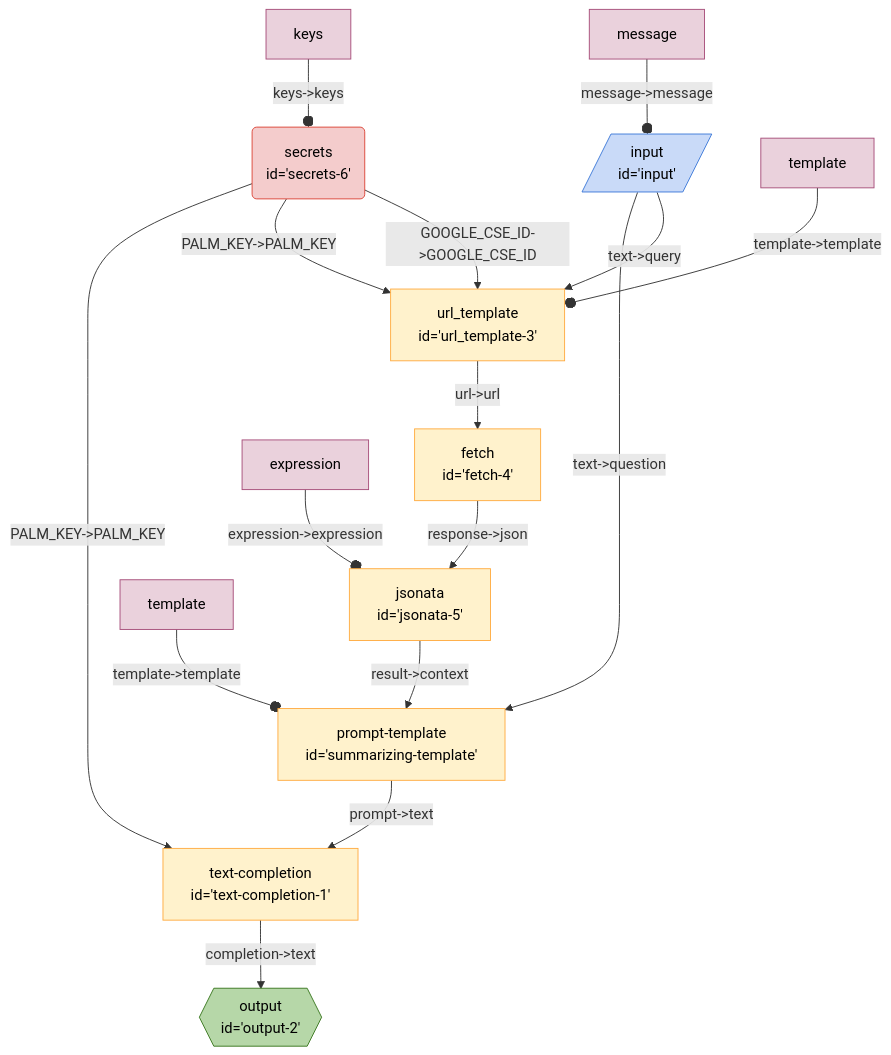
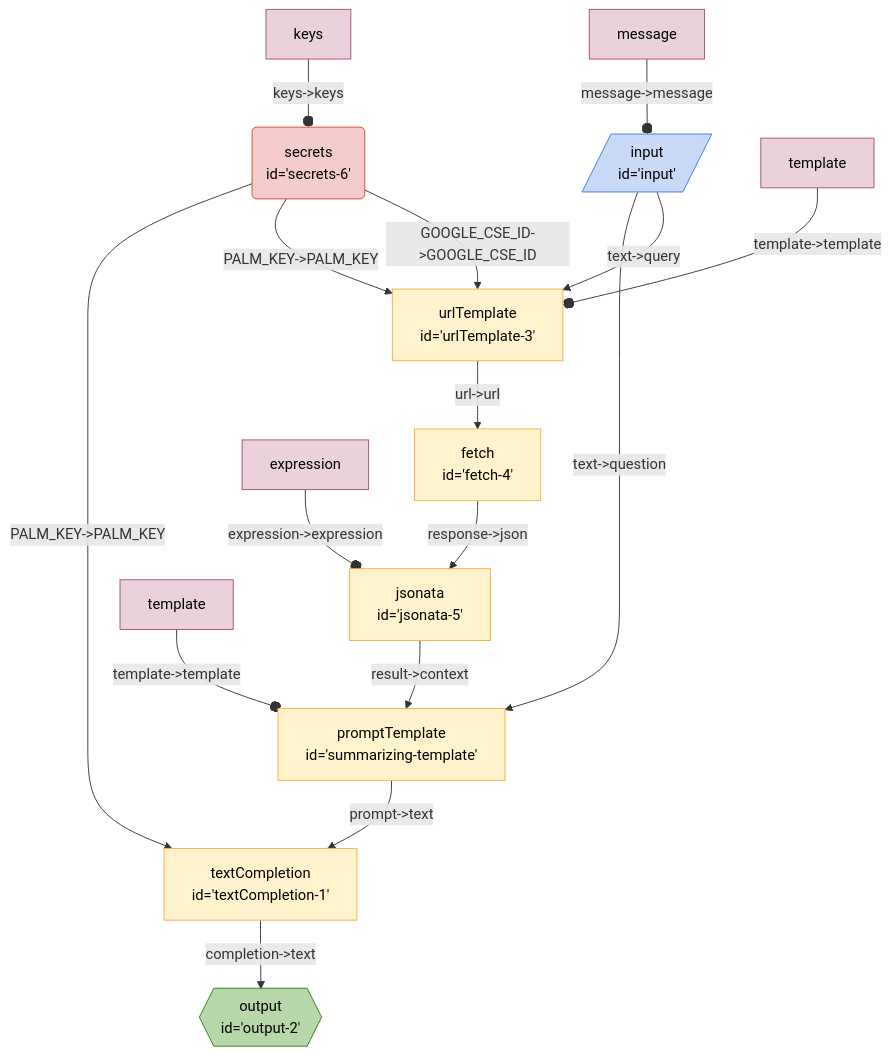
Before and after one commit to breadboard-ai/breadboard: the diagram in seeds/graph-playground/docs/graphs/search-summarize.md, drawn with Mermaid. The commit also changed 41 other files, not shown here.

````diff
--- a/seeds/graph-playground/docs/graphs/search-summarize.md
+++ b/seeds/graph-playground/docs/graphs/search-summarize.md
@@ -5,47 +5,47 @@
   ```mermaid
   %%{init: 'themeVariables': { 'fontFamily': 'Fira Code, monospace' }}%%
 graph TD;
-textcompletion1["text-completion
-id='text-completion-1'"] -- "completion->text" --> output2{{"output
+textCompletion1["textCompletion
+id='textCompletion-1'"] -- "completion->text" --> output2{{"output
 id='output-2'"}}:::output
-summarizingtemplate["prompt-template
-id='summarizing-template'"] -- "prompt->text" --> textcompletion1["text-completion
-id='text-completion-1'"]
+summarizingtemplate["promptTemplate
+id='summarizing-template'"] -- "prompt->text" --> textCompletion1["textCompletion
+id='textCompletion-1'"]
 jsonata5["jsonata
-id='jsonata-5'"] -- "result->context" --> summarizingtemplate["prompt-template
+id='jsonata-5'"] -- "result->context" --> summarizingtemplate["promptTemplate
 id='summarizing-template'"]
 fetch4["fetch
 id='fetch-4'"] -- "response->json" --> jsonata5["jsonata
 id='jsonata-5'"]
-url_template3["url_template
-id='url_template-3'"] -- "url->url" --> fetch4["fetch
+urlTemplate3["urlTemplate
+id='urlTemplate-3'"] -- "url->url" --> fetch4["fetch
 id='fetch-4'"]
 secrets6("secrets
-id='secrets-6'"):::secrets -- "PALM_KEY->PALM_KEY" --> textcompletion1["text-completion
-id='text-completion-1'"]
+id='secrets-6'"):::secrets -- "PALM_KEY->PALM_KEY" --> textCompletion1["textCompletion
+id='textCompletion-1'"]
 secrets6("secrets
-id='secrets-6'"):::secrets -- "PALM_KEY->PALM_KEY" --> url_template3["url_template
-id='url_template-3'"]
+id='secrets-6'"):::secrets -- "PALM_KEY->PALM_KEY" --> urlTemplate3["urlTemplate
+id='urlTemplate-3'"]
 secrets6("secrets
-id='secrets-6'"):::secrets -- "GOOGLE_CSE_ID->GOOGLE_CSE_ID" --> url_template3["url_template
-id='url_template-3'"]
+id='secrets-6'"):::secrets -- "GOOGLE_CSE_ID->GOOGLE_CSE_ID" --> urlTemplate3["urlTemplate
+id='urlTemplate-3'"]
 input[/"input
-id='input'"/]:::input -- "text->question" --> summarizingtemplate["prompt-template
+id='input'"/]:::input -- "text->question" --> summarizingtemplate["promptTemplate
 id='summarizing-template'"]
 input[/"input
-id='input'"/]:::input -- "text->query" --> url_template3["url_template
-id='url_template-3'"]
+id='input'"/]:::input -- "text->query" --> urlTemplate3["urlTemplate
+id='urlTemplate-3'"]
 templatesummarizingtemplate[template]:::config -- "template->template" --o summarizingtemplate
-templateurl_template3[template]:::config -- "template->template" --o url_template3
+templateurlTemplate3[template]:::config -- "template->template" --o urlTemplate3
 expressionjsonata5[expression]:::config -- "expression->expression" --o jsonata5
 keyssecrets6[keys]:::config -- "keys->keys" --o secrets6
 messageinput[message]:::config -- "message->message" --o input
 classDef default stroke:#ffab40,fill:#fff2ccff,color:#000
 classDef input stroke:#3c78d8,fill:#c9daf8ff,color:#000
 classDef output stroke:#38761d,fill:#b6d7a8ff,color:#000
 classDef passthrough stroke:#a64d79,fill:#ead1dcff,color:#000
 classDef slot stroke:#a64d79,fill:#ead1dcff,color:#000
 classDef config stroke:#a64d79,fill:#ead1dcff,color:#000
 classDef secrets stroke:#db4437,fill:#f4cccc,color:#000
 classDef slotted stroke:#a64d79
   ```
````
